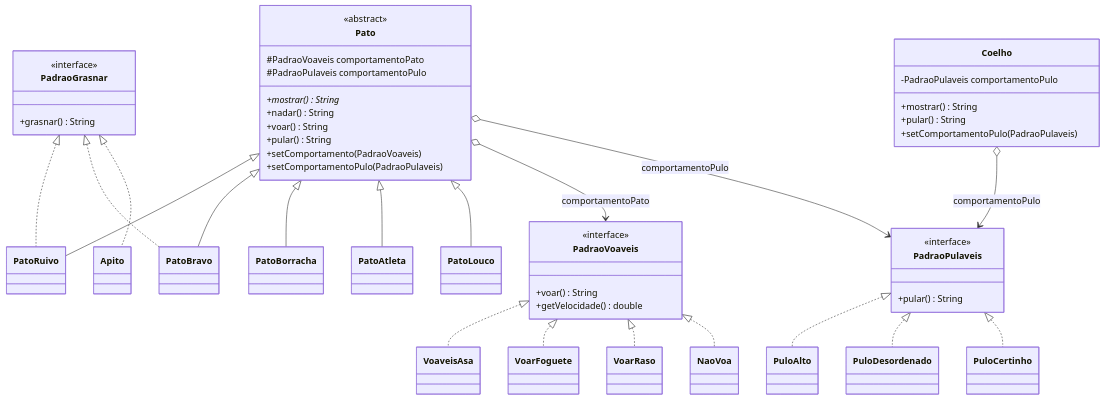
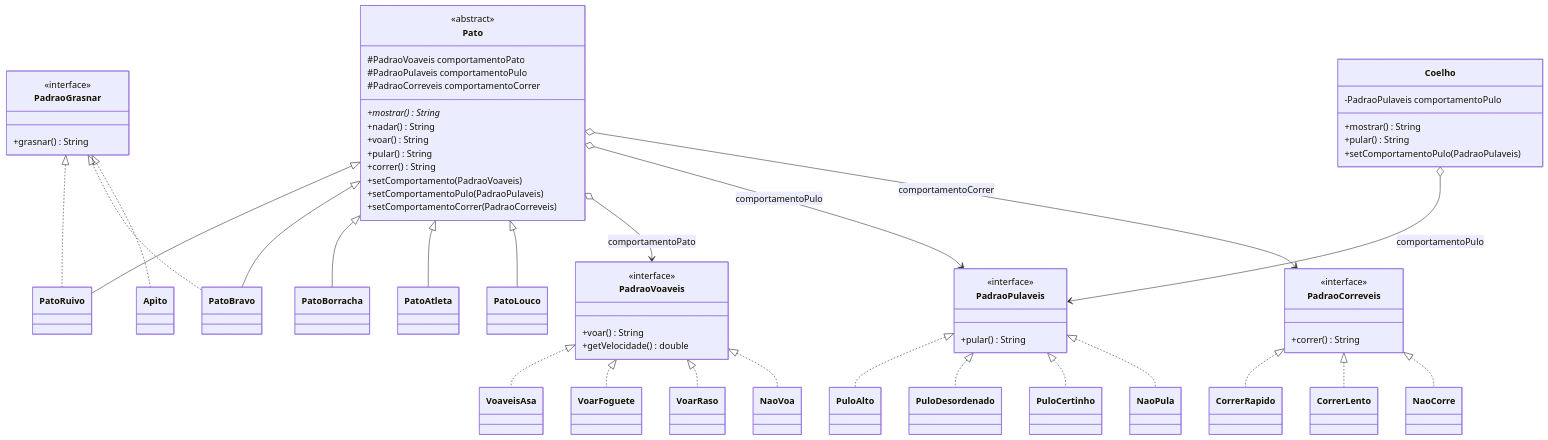
One commit to P-py/ducks-game changed the first of 2 diagrams in README.md. Above: the diagram before and after it, drawn with Mermaid. The commit also changed other lines of this file and 17 other files, not shown here.

````diff
--- a/README.md
+++ b/README.md
@@ -57,12 +68,15 @@
         <<abstract>>
         #PadraoVoaveis comportamentoPato
         #PadraoPulaveis comportamentoPulo
+        #PadraoCorreveis comportamentoCorrer
         +mostrar()* String
         +nadar() String
         +voar() String
         +pular() String
+        +correr() String
         +setComportamento(PadraoVoaveis)
         +setComportamentoPulo(PadraoPulaveis)
+        +setComportamentoCorrer(PadraoCorreveis)
     }
 
     class PatoRuivo
@@ -94,6 +108,15 @@
     class PuloAlto
     class PuloDesordenado
     class PuloCertinho
+    class NaoPula
+
+    class PadraoCorreveis {
+        <<interface>>
+        +correr() String
+    }
+    class CorrerRapido
+    class CorrerLento
+    class NaoCorre
 
     class Coelho {
         -PadraoPulaveis comportamentoPulo
@@ -120,8 +143,14 @@
     PadraoPulaveis <|.. PuloAlto
     PadraoPulaveis <|.. PuloDesordenado
     PadraoPulaveis <|.. PuloCertinho
+    PadraoPulaveis <|.. NaoPula
+
+    PadraoCorreveis <|.. CorrerRapido
+    PadraoCorreveis <|.. CorrerLento
+    PadraoCorreveis <|.. NaoCorre
 
     Pato o--> PadraoVoaveis : comportamentoPato
     Pato o--> PadraoPulaveis : comportamentoPulo
+    Pato o--> PadraoCorreveis : comportamentoCorrer
     Coelho o--> PadraoPulaveis : comportamentoPulo
 ```
````
